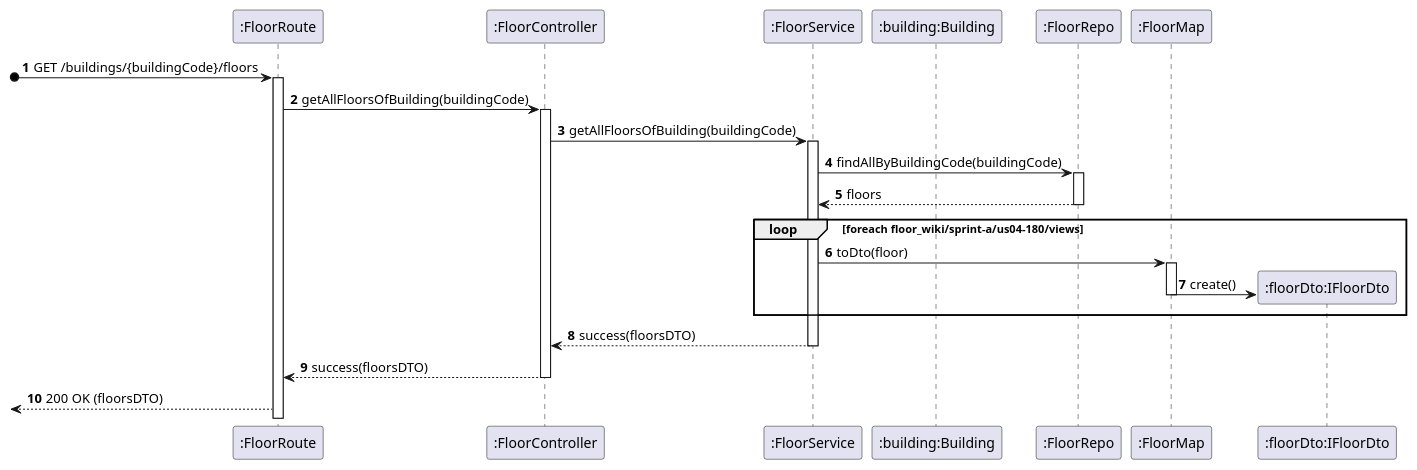
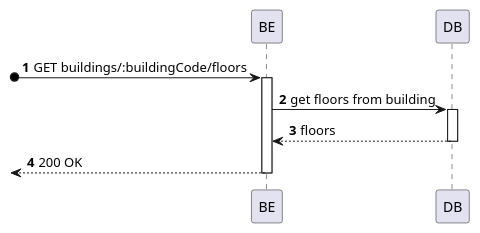
One commit to miseEnPlace-dev/lapr5 changed the diagram in _wiki/sprint-a/us07-210/views/level-3/process-view.puml. Above: the diagram before and after it, drawn with PlantUML. The commit also changed 2 other files, not shown here.

```diff
--- a/_wiki/sprint-a/us07-210/views/level-3/process-view.puml
+++ b/_wiki/sprint-a/us07-210/views/level-3/process-view.puml
@@ -1,33 +1,17 @@
 @startuml process-view
 autonumber
-participant route as ":FloorRoute"
-participant controller as ":FloorController"
-participant service as ":FloorService"
-participant BUILD as ":building:Building"
-participant floor_repo as ":FloorRepo"
-participant map as ":FloorMap"
-participant floor_dto as ":floorDto:IFloorDto"
+participant BE as "BE"
+participant DB as "DB"
 
-?o-> route : GET /buildings/{buildingCode}/floors
-activate route
-route -> controller : getAllFloorsOfBuilding(buildingCode)
-activate controller
-controller -> service : getAllFloorsOfBuilding(buildingCode)
-activate service
-service -> floor_repo : findAllByBuildingCode(buildingCode)
-activate floor_repo
-floor_repo --> service : floors
-deactivate floor_repo
-loop foreach floor_wiki/sprint-a/us04-180/views
-    service -> map : toDto(floor)
-    activate map
-    map -> floor_dto** : create()
-    deactivate map
-end
-service --> controller : success(floorsDTO)
-deactivate service
-controller --> route : success(floorsDTO)
-deactivate controller
-<-- route : 200 OK (floorsDTO)
+?o-> BE : GET buildings/:buildingCode/floors
+activate BE
+
+BE -> DB : get floors from building
+activate DB
+DB --> BE : floors
+deactivate DB
+
+<-- BE : 200 OK
+deactivate BE
 
 @enduml
```
